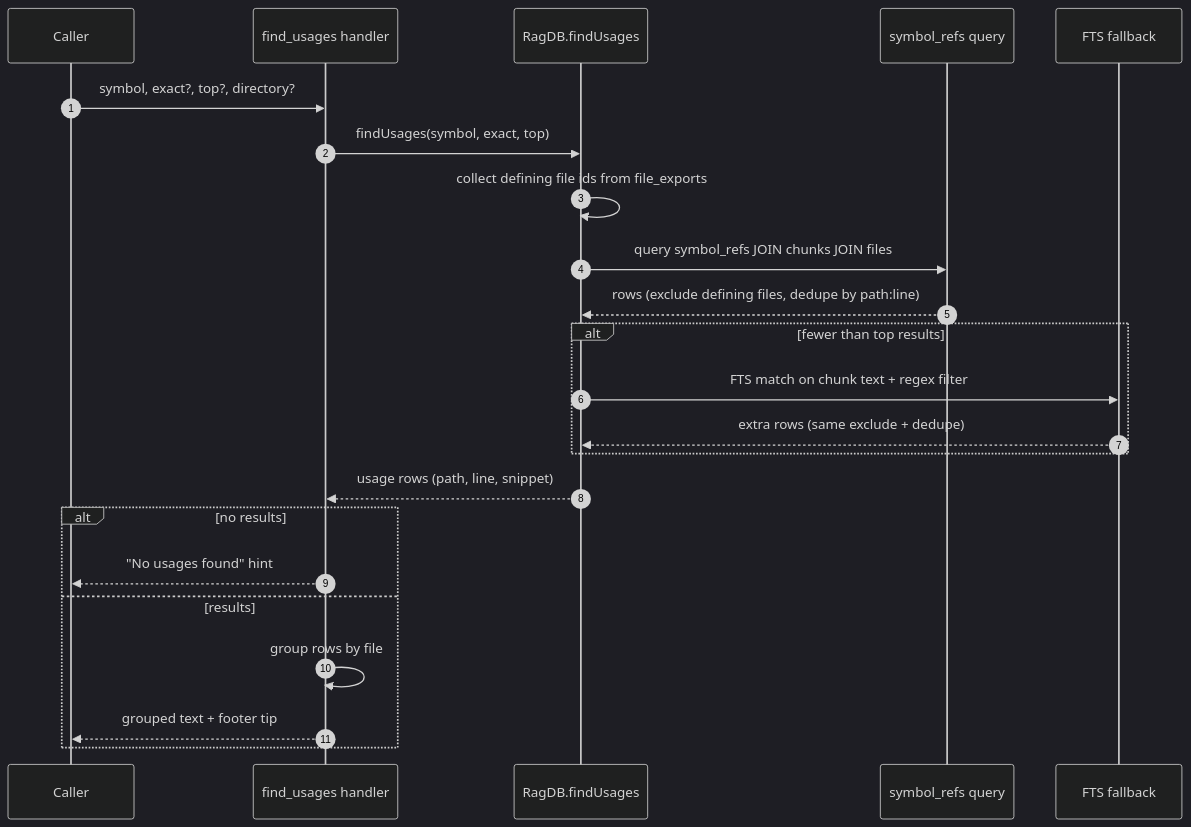
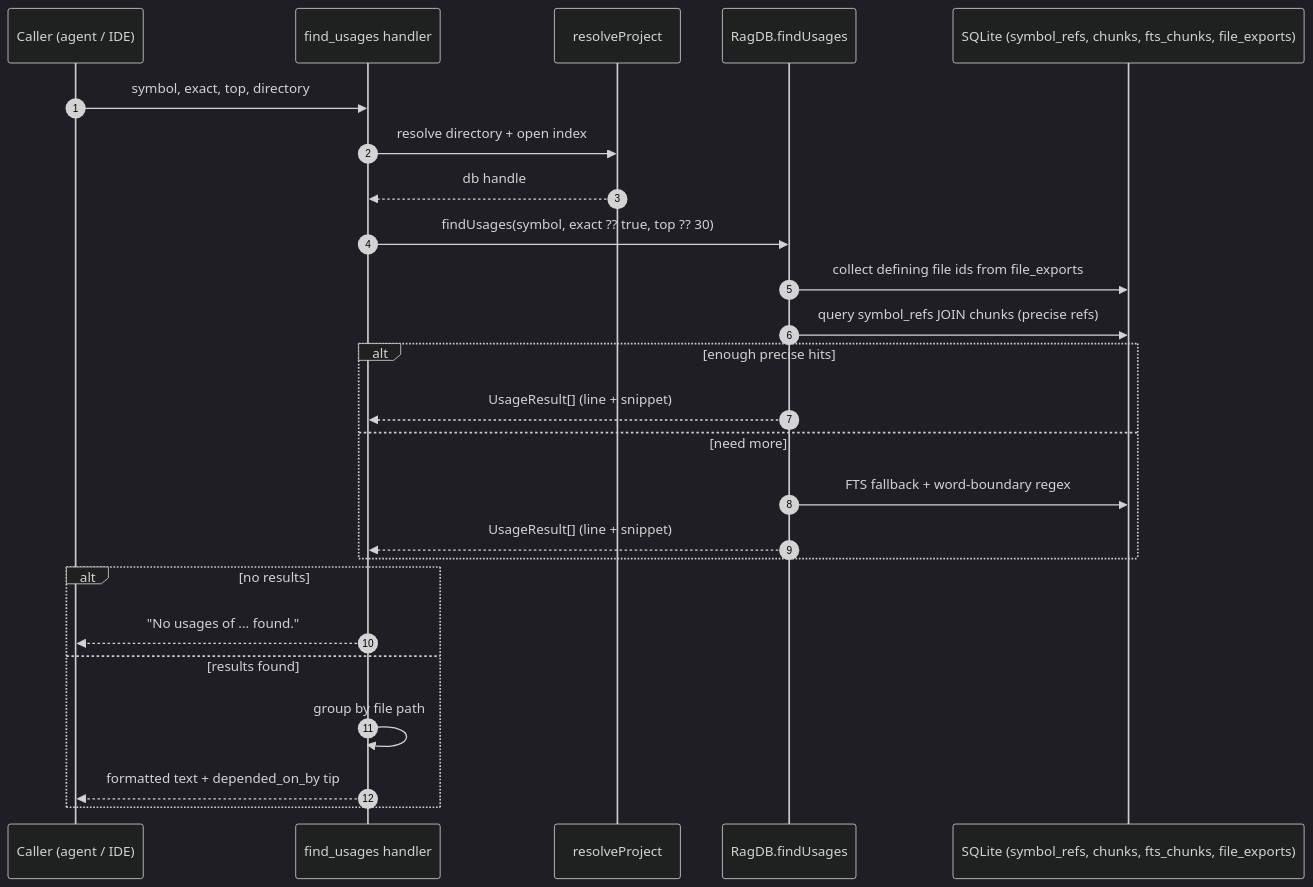
The diagram in wiki/tools/find-usages.md (TheWinci/mimirs), drawn with Mermaid (dark theme) before and after one commit. The commit also changed other lines of this file and 51 other files, not shown here.

````diff
--- a/wiki/tools/find-usages.md
+++ b/wiki/tools/find-usages.md
@@ -11,26 +9,28 @@
 ```mermaid
 sequenceDiagram
     autonumber
-    participant Caller
-    participant Handler as find_usages handler
+    participant Caller as Caller (agent / IDE)
+    participant Tool as find_usages handler
+    participant Proj as resolveProject
     participant DB as RagDB.findUsages
-    participant Refs as symbol_refs query
-    participant Fts as FTS fallback
+    participant SQLite as SQLite (symbol_refs, chunks, fts_chunks, file_exports)
 
-    Caller->>Handler: symbol, exact?, top?, directory?
-    Handler->>DB: findUsages(symbol, exact, top)
-    DB->>DB: collect defining file ids from file_exports
-    DB->>Refs: query symbol_refs JOIN chunks JOIN files
-    Refs-->>DB: rows (exclude defining files, dedupe by path:line)
-    alt fewer than top results
-        DB->>Fts: FTS match on chunk text + regex filter
-        Fts-->>DB: extra rows (same exclude + dedupe)
+    Caller->>Tool: symbol, exact, top, directory
+    Tool->>Proj: resolve directory + open index
+    Proj-->>Tool: db handle
+    Tool->>DB: findUsages(symbol, exact ?? true, top ?? 30)
+    DB->>SQLite: collect defining file ids from file_exports
+    DB->>SQLite: query symbol_refs JOIN chunks (precise refs)
+    alt enough precise hits
+        DB-->>Tool: UsageResult[] (line + snippet)
+    else need more
+        DB->>SQLite: FTS fallback + word-boundary regex
+        DB-->>Tool: UsageResult[] (line + snippet)
     end
-    DB-->>Handler: usage rows (path, line, snippet)
     alt no results
-        Handler-->>Caller: "No usages found" hint
-    else results
-        Handler->>Handler: group rows by file
-        Handler-->>Caller: grouped text + footer tip
+        Tool-->>Caller: "No usages of ... found."
+    else results found
+        Tool->>Tool: group by file path
+        Tool-->>Caller: formatted text + depended_on_by tip
     end
 ```
````
